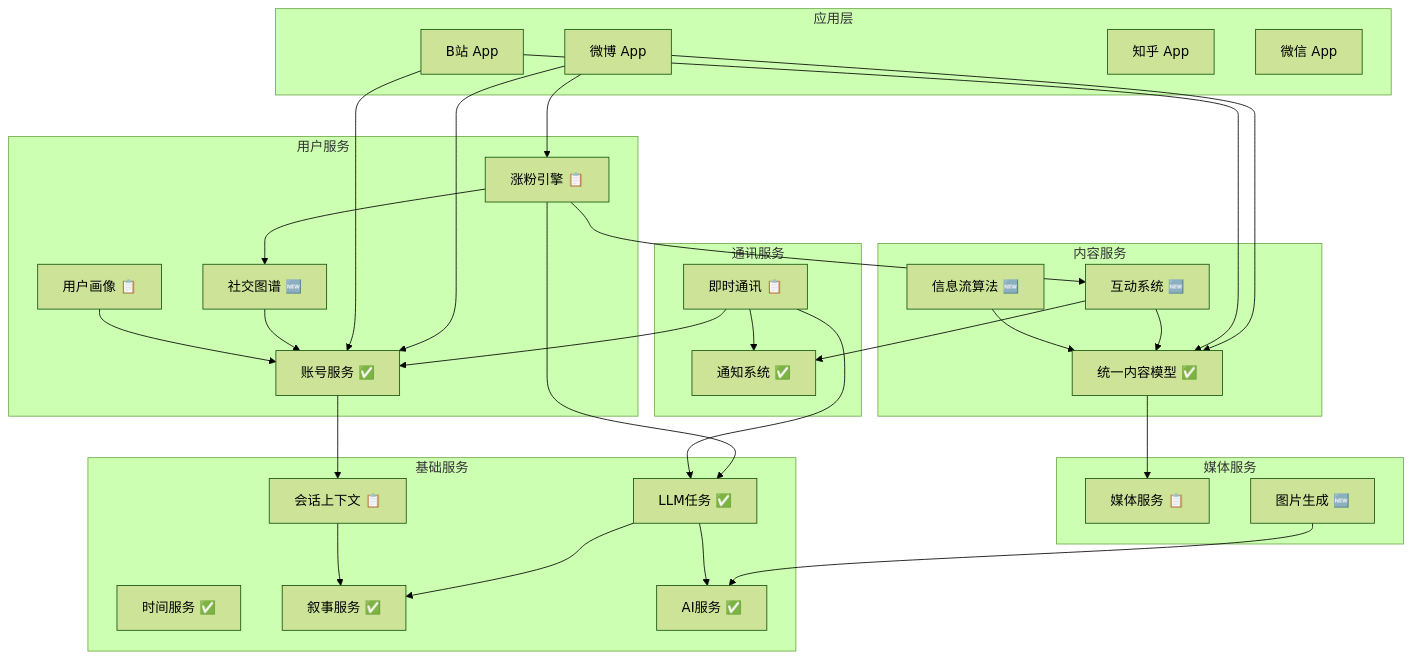
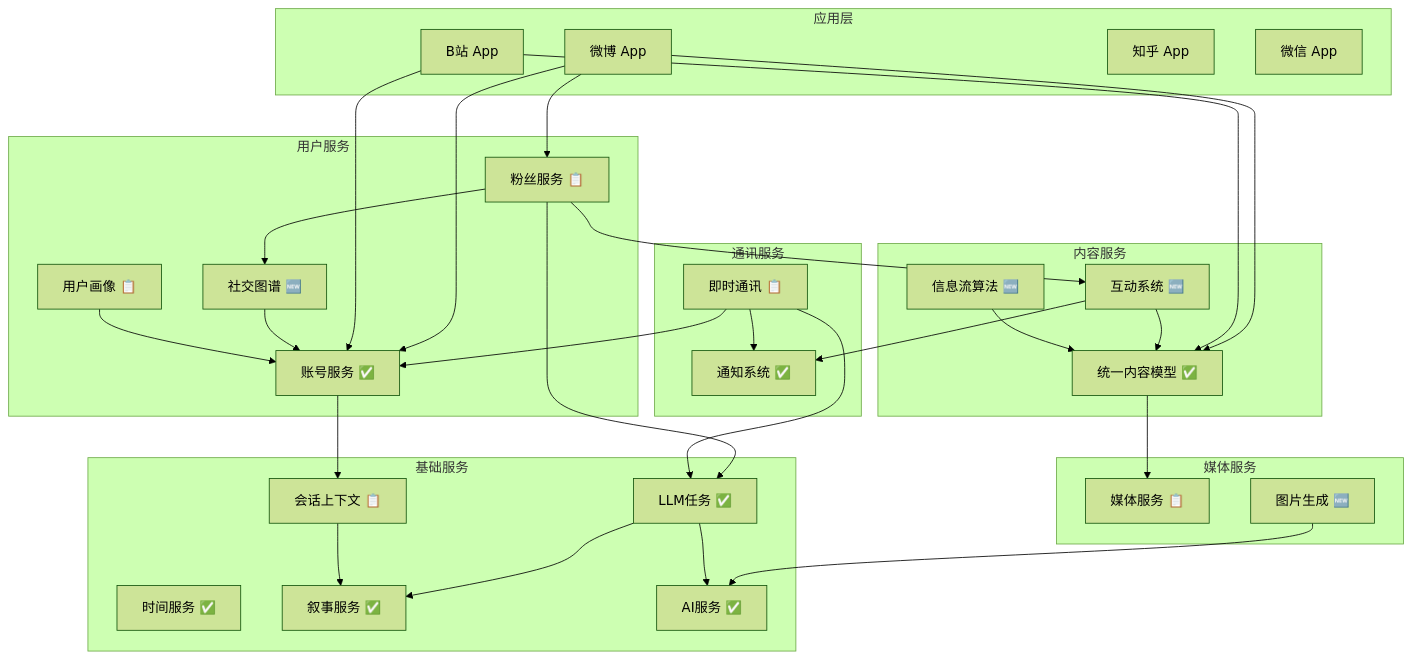
Before and after one commit to HerSophia/VirtuMirror: the diagram in docs/systems/architecture/Service-for-social-media-platform.md, drawn with Mermaid (forest theme). The commit also changed other lines of this file and 2 other files, not shown here.

````diff
--- a/docs/systems/architecture/Service-for-social-media-platform.md
+++ b/docs/systems/architecture/Service-for-social-media-platform.md
@@ -521,70 +524,70 @@
 ```mermaid
 graph TD
     subgraph "应用层"
         Weibo[微博 App]
         Bilibili[B站 App]
         Zhihu[知乎 App]
         WeChat[微信 App]
     end
     
     subgraph "内容服务"
         ContentModel[统一内容模型 ✅]
         Interaction[互动系统 🆕]
         FeedAlgo[信息流算法 🆕]
     end
     
     subgraph "用户服务"
         Account[账号服务 ✅]
         SocialGraph[社交图谱 🆕]
         Profile[用户画像 📋]
-        Growth[涨粉引擎 📋]
+        Fans[粉丝服务 📋]
     end
     
     subgraph "媒体服务"
         Media[媒体服务 📋]
         ImageGen[图片生成 🆕]
     end
     
     subgraph "通讯服务"
         IM[即时通讯 📋]
         Notification[通知系统 ✅]
     end
     
     subgraph "基础服务"
         Time[时间服务 ✅]
         Session[会话上下文 📋]
         Narrative[叙事服务 ✅]
         LLMTask[LLM任务 ✅]
         AI[AI服务 ✅]
     end
     
     %% 应用层依赖
     Weibo --> ContentModel
     Weibo --> Account
-    Weibo --> Growth
+    Weibo --> Fans
     Bilibili --> ContentModel
     Bilibili --> Account
     
     %% 服务间依赖
     ContentModel --> Media
     Interaction --> ContentModel
     Interaction --> Notification
     FeedAlgo --> ContentModel
     
     Account --> Session
     SocialGraph --> Account
     Profile --> Account
-    Growth --> SocialGraph
-    Growth --> Interaction
-    Growth --> LLMTask
+    Fans --> SocialGraph
+    Fans --> Interaction
+    Fans --> LLMTask
     
     ImageGen --> AI
     
     IM --> Account
     IM --> Notification
     IM --> LLMTask
     
     LLMTask --> AI
     LLMTask --> Narrative
     Session --> Narrative
 ```
````
